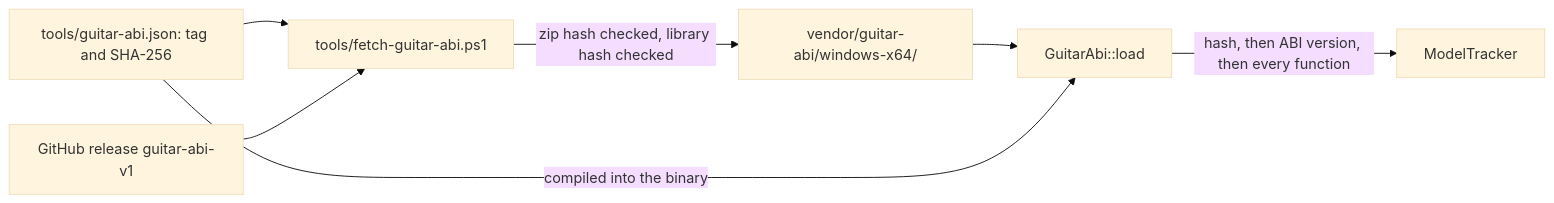
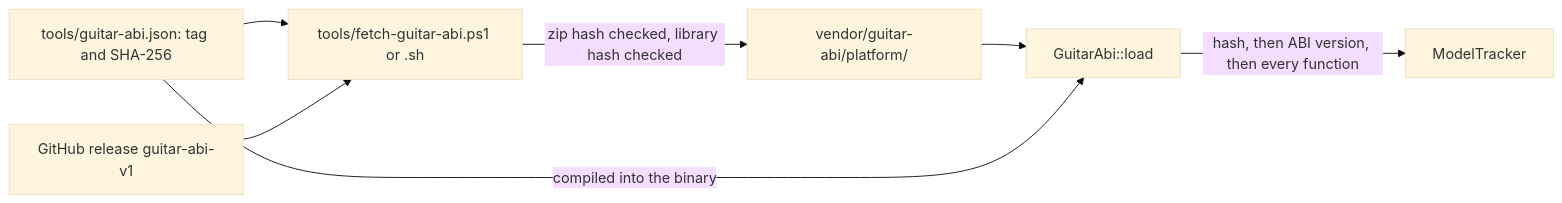
One commit to Black-Rainbow-Labs/riffology changed the diagram in docs/guitar-model.md. Above: the diagram before and after it, drawn with Mermaid (base theme). The commit also changed other lines of this file and 4 other files, not shown here.

First line of the commit message:
task-2733: pin the macOS arm64 guitar model library and document macOS support

````diff
--- a/docs/guitar-model.md
+++ b/docs/guitar-model.md
@@ -9,9 +9,9 @@
 ```mermaid
 flowchart LR
-    Pin["tools/guitar-abi.json: tag and SHA-256"] --> Fetch["tools/fetch-guitar-abi.ps1"]
+    Pin["tools/guitar-abi.json: tag and SHA-256"] --> Fetch["tools/fetch-guitar-abi.ps1 or .sh"]
     Rel["GitHub release guitar-abi-v1"] --> Fetch
-    Fetch -->|"zip hash checked, library hash checked"| Vendor["vendor/guitar-abi/windows-x64/"]
+    Fetch -->|"zip hash checked, library hash checked"| Vendor["vendor/guitar-abi/platform/"]
     Vendor --> Load["GuitarAbi::load"]
     Pin -->|"compiled into the binary"| Load
     Load -->|"hash, then ABI version, then every function"| Ready["ModelTracker"]
 ```
````
